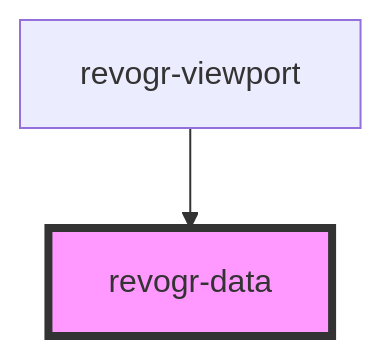
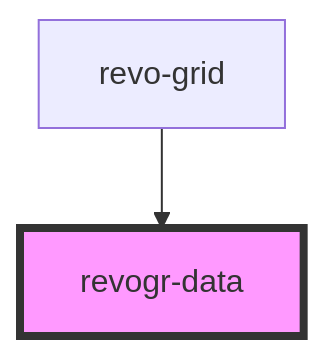
The diagram in src/components/data/readme.md (revolist/revogrid), drawn with Mermaid before and after one commit. The commit also changed other lines of this file and 41 other files, not shown here.

````diff
--- a/src/components/data/readme.md
+++ b/src/components/data/readme.md
@@ -36,5 +36,5 @@
 ```mermaid
 graph TD;
-  revogr-viewport --> revogr-data
+  revo-grid --> revogr-data
   style revogr-data fill:#f9f,stroke:#333,stroke-width:4px
 ```
````
